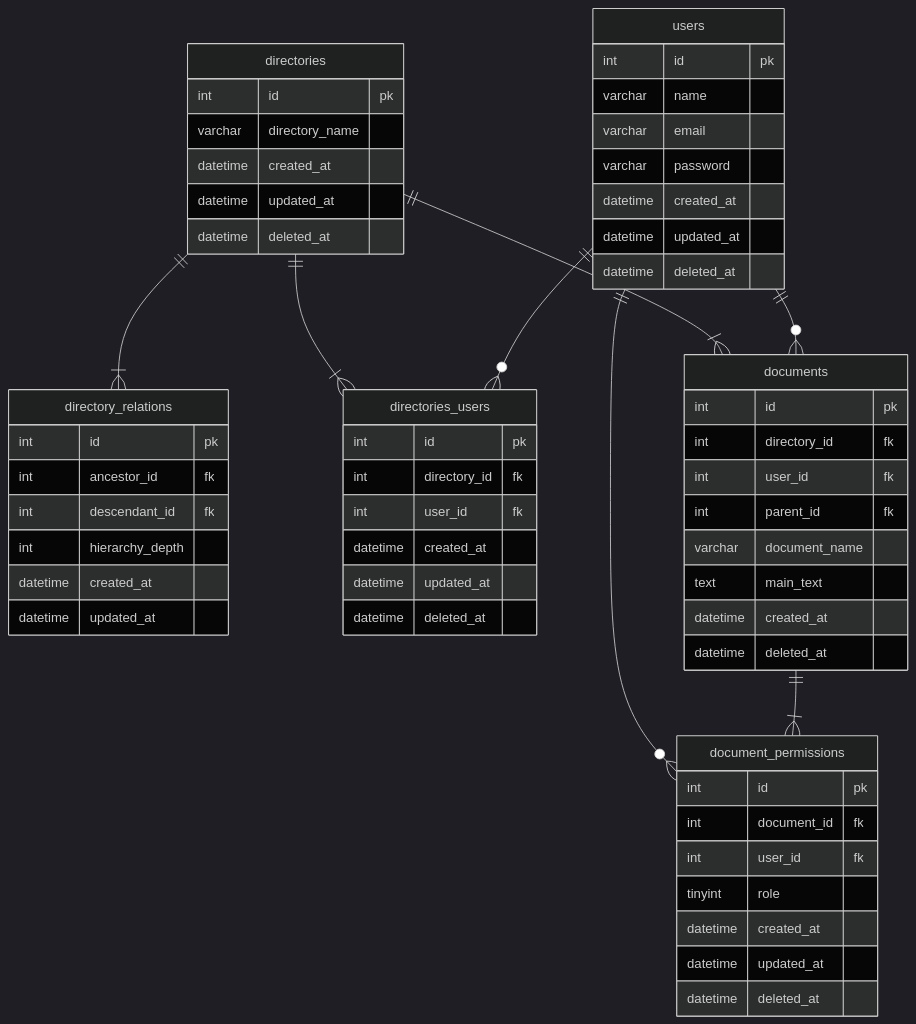
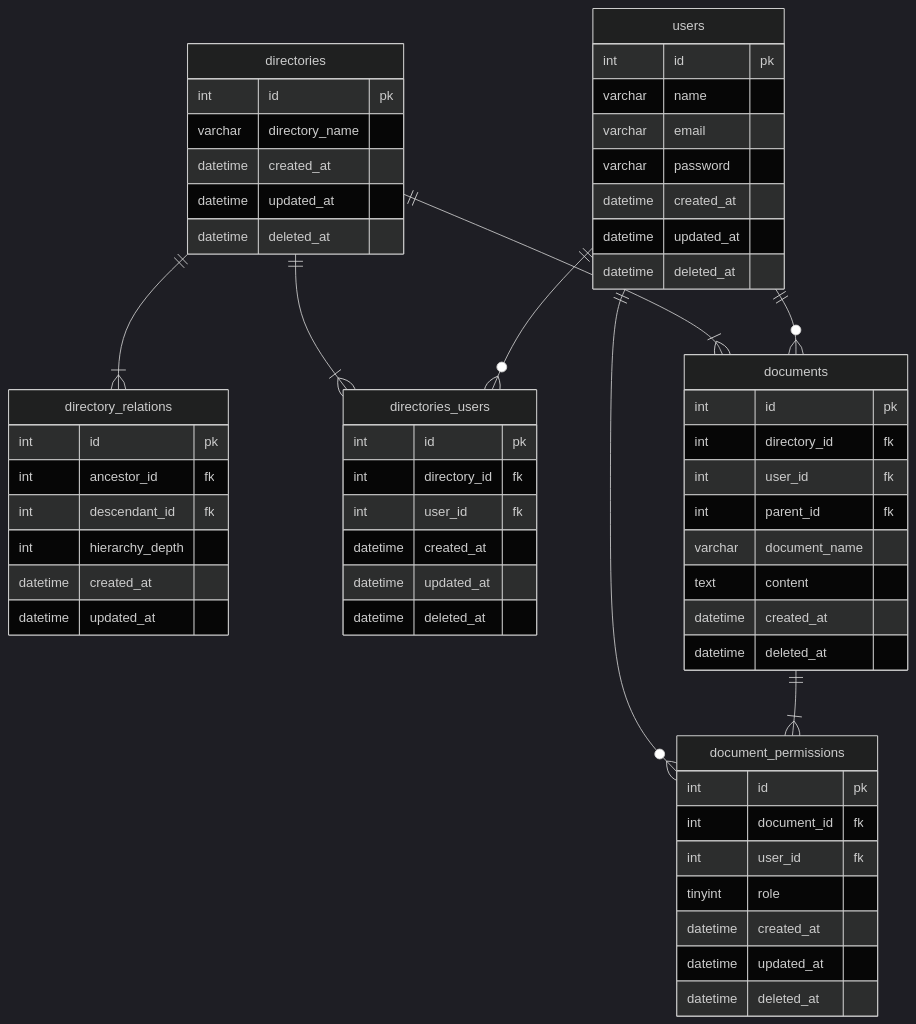
The diagram in データベースモデリング3/課題1/課題1-1.md (zyumax/pc_task), drawn with Mermaid (dark theme) before and after one commit. The commit also changed 2 other files, not shown here.

Commit message:
設計変更

````diff
--- a/データベースモデリング3/課題1/課題1-1.md
+++ b/データベースモデリング3/課題1/課題1-1.md
@@ -21,68 +21,68 @@
 ```mermaid
 erDiagram
 users {
   int id pk
   varchar name
   varchar email
   varchar password
   datetime created_at
   datetime updated_at
   datetime deleted_at
 }
 
 directories {
   int id pk
   varchar directory_name
   datetime created_at 
   datetime updated_at
   datetime deleted_at
 }
 
 directory_relations {
   int id pk
   int ancestor_id fk
   int descendant_id fk
   int hierarchy_depth
   datetime created_at 
   datetime updated_at
 }
 
 directories_users {
   int id pk
   int directory_id fk
   int user_id fk
   datetime created_at
   datetime updated_at
   datetime deleted_at
 }
 
 documents {
   int id pk
   int directory_id fk
   int user_id fk
   int parent_id fk
   varchar document_name
-  text main_text
+  text content
   datetime created_at
   datetime deleted_at
 }
 
 document_permissions {
   int id pk
   int document_id fk
   int user_id fk
   tinyint role
   datetime created_at
   datetime updated_at
   datetime deleted_at
 }
 
 %% relations
 documents ||--|{ document_permissions : ""
 users ||--o{ documents : ""
 users ||--o{ document_permissions : ""
 users ||--o{ directories_users : ""
 directories ||--|{ directories_users : ""
 directories ||--|{ documents : ""
 directories ||--|{ directory_relations : ""
 ```
````
